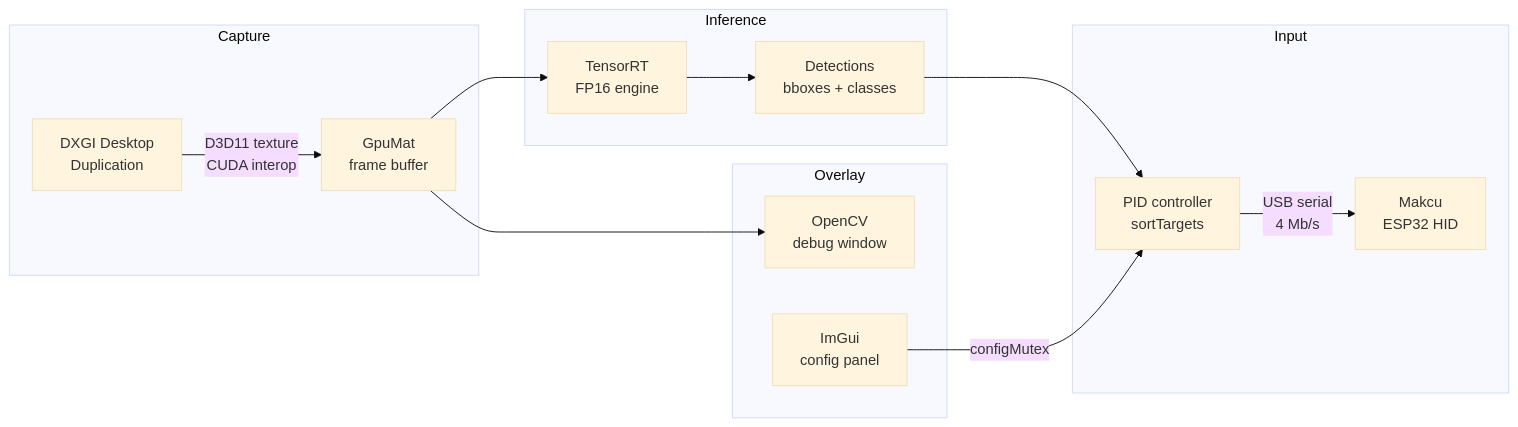
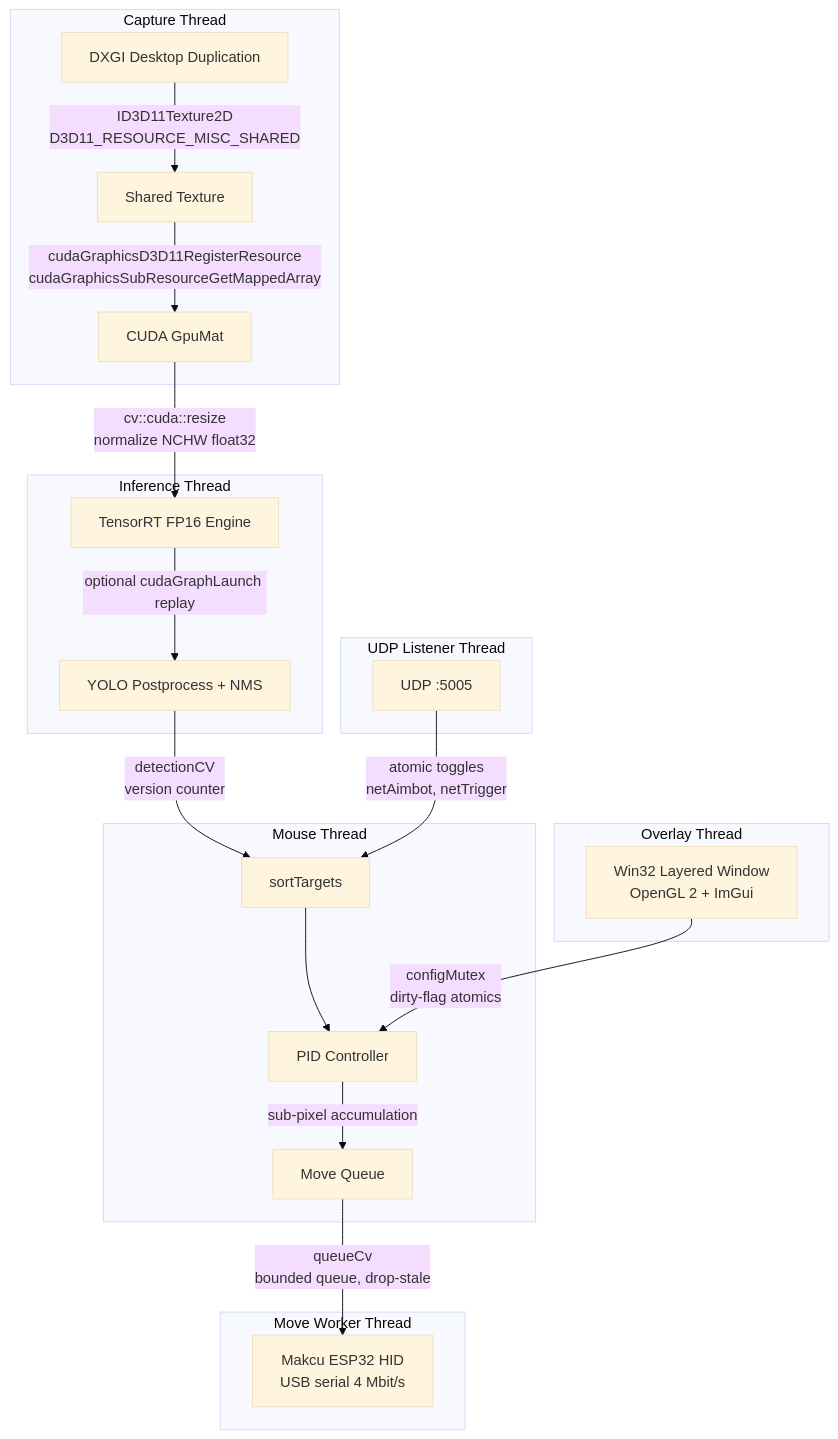
The diagram in README.md (advitrocks9/ai_colorbot), drawn with Mermaid (base theme) before and after one commit. The commit also changed other lines of this file and 32 other files, not shown here.

````diff
--- a/README.md
+++ b/README.md
@@ -9,21 +9,30 @@
 ```mermaid
-flowchart LR
-    subgraph Capture
-        A[DXGI Desktop\nDuplication] -->|D3D11 texture\nCUDA interop| B[GpuMat\nframe buffer]
+flowchart TD
+    subgraph Capture["Capture Thread"]
+        A[DXGI Desktop Duplication] -->|ID3D11Texture2D\nD3D11_RESOURCE_MISC_SHARED| B[Shared Texture]
+        B -->|cudaGraphicsD3D11RegisterResource\ncudaGraphicsSubResourceGetMappedArray| C[CUDA GpuMat]
     end
 
-    subgraph Inference
-        B --> C[TensorRT\nFP16 engine]
-        C --> D[Detections\nbboxes + classes]
+    subgraph Inference["Inference Thread"]
+        C -->|cv::cuda::resize\nnormalize NCHW float32| D[TensorRT FP16 Engine]
+        D -->|optional cudaGraphLaunch replay| E[YOLO Postprocess + NMS]
     end
 
-    subgraph Input
-        D --> E[PID controller\nsortTargets]
-        E -->|USB serial\n4 Mb/s| F[Makcu\nESP32 HID]
+    subgraph Mouse["Mouse Thread"]
+        E -->|detectionCV\nversion counter| F[sortTargets]
+        F --> G[PID Controller]
+        G -->|sub-pixel accumulation| H[Move Queue]
     end
 
-    subgraph Overlay
-        B --> G[OpenCV\ndebug window]
-        H[ImGui\nconfig panel] -->|configMutex| E
+    subgraph Worker["Move Worker Thread"]
+        H -->|queueCv\nbounded queue, drop-stale| I[Makcu ESP32 HID\nUSB serial 4 Mbit/s]
+    end
+
+    subgraph Overlay["Overlay Thread"]
+        J[Win32 Layered Window\nOpenGL 2 + ImGui] -->|configMutex\ndirty-flag atomics| G
+    end
+
+    subgraph UDP["UDP Listener Thread"]
+        K[UDP :5005] -->|atomic toggles\nnetAimbot, netTrigger| F
     end
 ```
````
